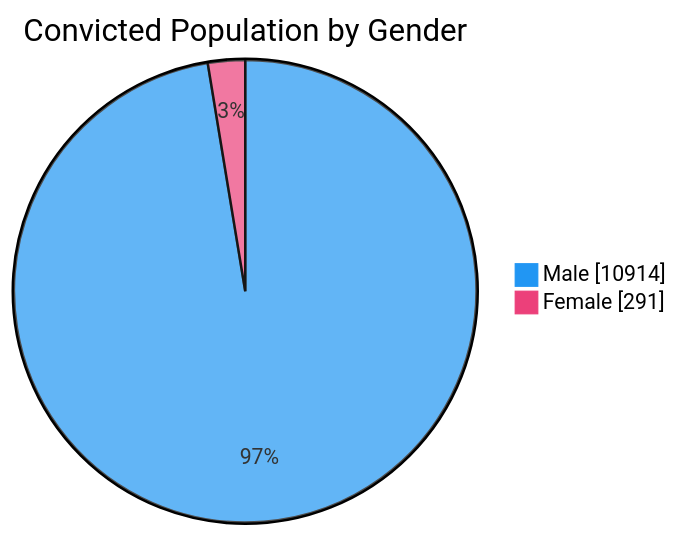
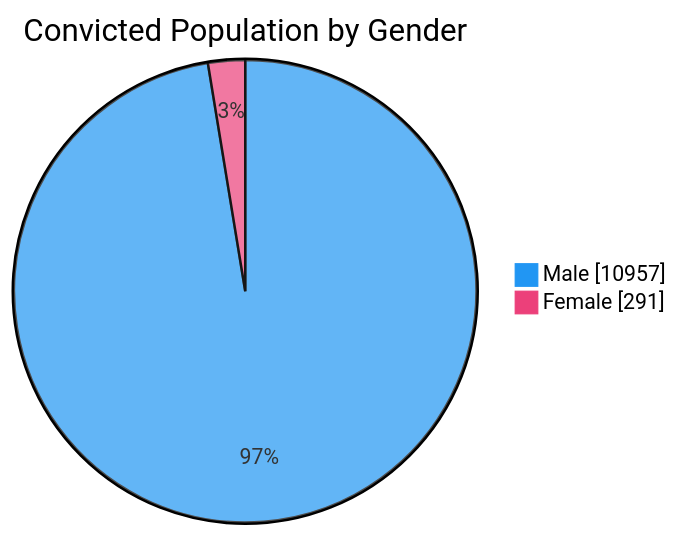
One commit to nuuuwan/lk_prisons changed the third of 7 diagrams in README.md. Above: the diagram before and after it, drawn with Mermaid. The commit also changed other lines of this file and 1 other file, not shown here.

````diff
--- a/README.md
+++ b/README.md
@@ -65,6 +65,6 @@
 ```mermaid
 %%{init: {'themeVariables': {'pie1': '#2196F3', 'pie2': '#EC407A'}}}%%
 pie showData title Convicted Population by Gender
-    "Male" : 10914
+    "Male" : 10957
     "Female" : 291
 ```
````
